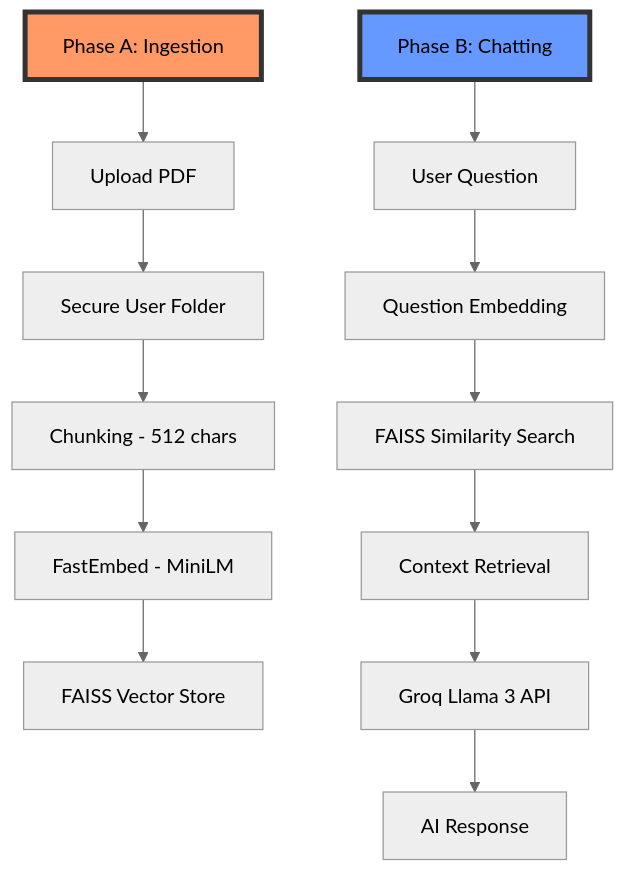
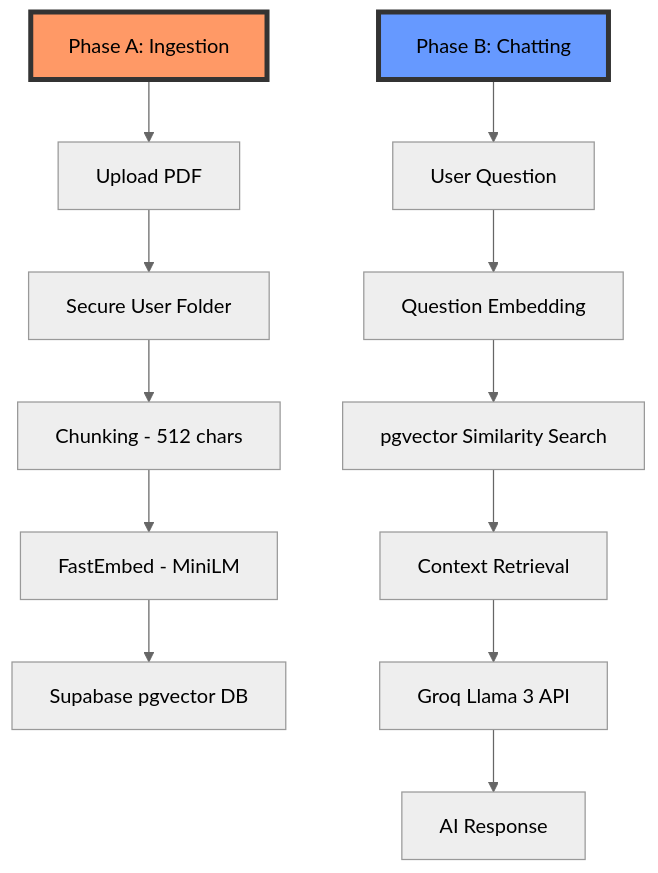
Before and after one commit to shahrozebaig/AI-DOC: the second of 2 diagrams in ARCHITECTURE.md, drawn with Mermaid (neutral theme). The commit also changed other lines of this file and 4 other files, not shown here.

````diff
--- a/ARCHITECTURE.md
+++ b/ARCHITECTURE.md
@@ -98,21 +112,21 @@
 ```mermaid
 graph TD
     %% Phase A: Ingestion
     A_Start[Phase A: Ingestion] --> A1[Upload PDF]
     A1 --> A2[Secure User Folder]
     A2 --> A3[Chunking - 512 chars]
     A3 --> A4[FastEmbed - MiniLM]
-    A4 --> A5[FAISS Vector Store]
+    A4 --> A5[Supabase pgvector DB]
 
     %% Phase B: Chatting
     B_Start[Phase B: Chatting] --> B1[User Question]
     B1 --> B2[Question Embedding]
-    B2 --> B3[FAISS Similarity Search]
+    B2 --> B3[pgvector Similarity Search]
     B3 --> B4[Context Retrieval]
     B4 --> B5[Groq Llama 3 API]
     B5 --> B6[AI Response]
 
     %% Styles
     style A_Start fill:#f96,stroke:#333,stroke-width:4px
     style B_Start fill:#69f,stroke:#333,stroke-width:4px
 ```
````
